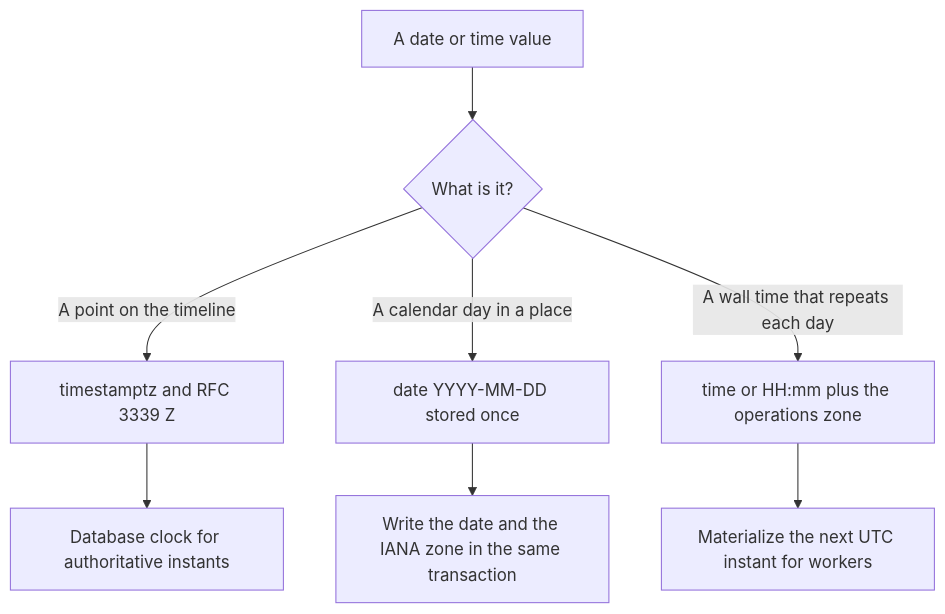
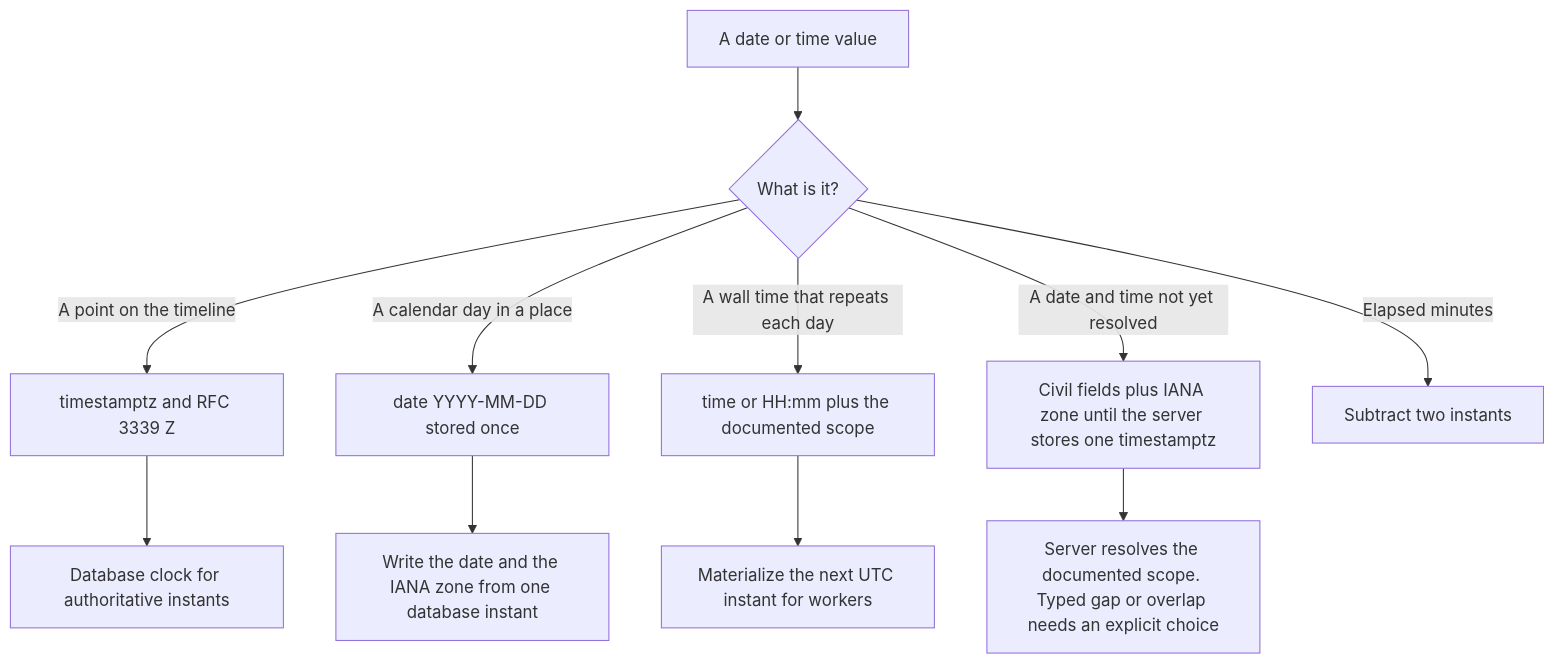
Before and after one commit to GhAli21/cleanmatex: the first of 3 diagrams in docs/features/Time_and_Timezone/developer_guide_mermaid.md, drawn with Mermaid. The commit also changed other lines of this file and 83 other files, not shown here.

````diff
--- a/docs/features/Time_and_Timezone/developer_guide_mermaid.md
+++ b/docs/features/Time_and_Timezone/developer_guide_mermaid.md
@@ -5,10 +5,13 @@
 ```mermaid
 flowchart TD
   start[A date or time value] --> kind{What is it?}
   kind -->|A point on the timeline| instant[timestamptz and RFC 3339 Z]
   kind -->|A calendar day in a place| civil[date YYYY-MM-DD stored once]
-  kind -->|A wall time that repeats each day| local[time or HH:mm plus the operations zone]
+  kind -->|A wall time that repeats each day| local[time or HH:mm plus the documented scope]
+  kind -->|A date and time not yet resolved| civilDt[Civil fields plus IANA zone until the server stores one timestamptz]
+  kind -->|Elapsed minutes| duration[Subtract two instants]
   instant --> store[Database clock for authoritative instants]
-  civil --> snap[Write the date and the IANA zone in the same transaction]
+  civil --> snap[Write the date and the IANA zone from one database instant]
   local --> fire[Materialize the next UTC instant for workers]
+  civilDt --> resolve[Server resolves the documented scope. Typed gap or overlap needs an explicit choice]
 ```
````
